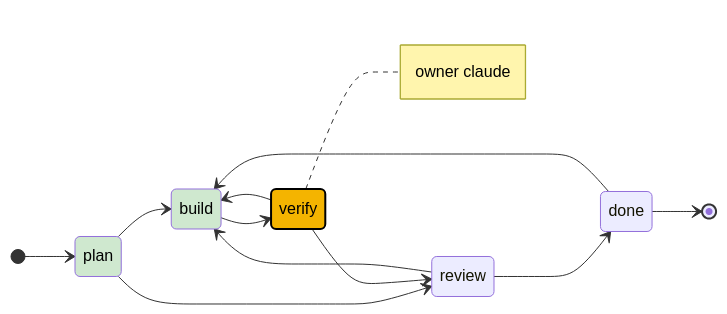
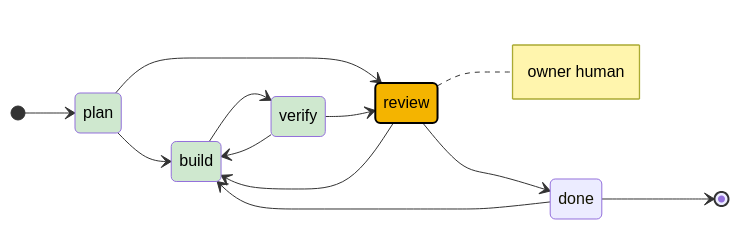
One commit to iskandarnorazli/LocationManagement changed the diagram in .agents/state/audit-2026-11-17/STATE.md. Above: the diagram before and after it, drawn with Mermaid. The commit also changed other lines of this file and 1 other file, not shown here.

Commit message:
Task state audit-2026-11-17: steps done, handoff for review

````diff
--- a/.agents/state/audit-2026-11-17/STATE.md
+++ b/.agents/state/audit-2026-11-17/STATE.md
@@ -36,20 +40,21 @@
 ```mermaid
 stateDiagram-v2
     direction LR
     [*] --> plan
     plan --> build
     plan --> review
     build --> verify
     verify --> build
     verify --> review
     review --> build
     review --> done
     done --> build
     done --> [*]
-    note right of verify: owner claude
+    note right of review: owner human
     classDef current fill:#f4b400,color:#000,stroke:#000,stroke-width:2px
     classDef visited fill:#cfe8cf,color:#000
     class build visited
     class plan visited
-    class verify current
+    class verify visited
+    class review current
 ```
````
